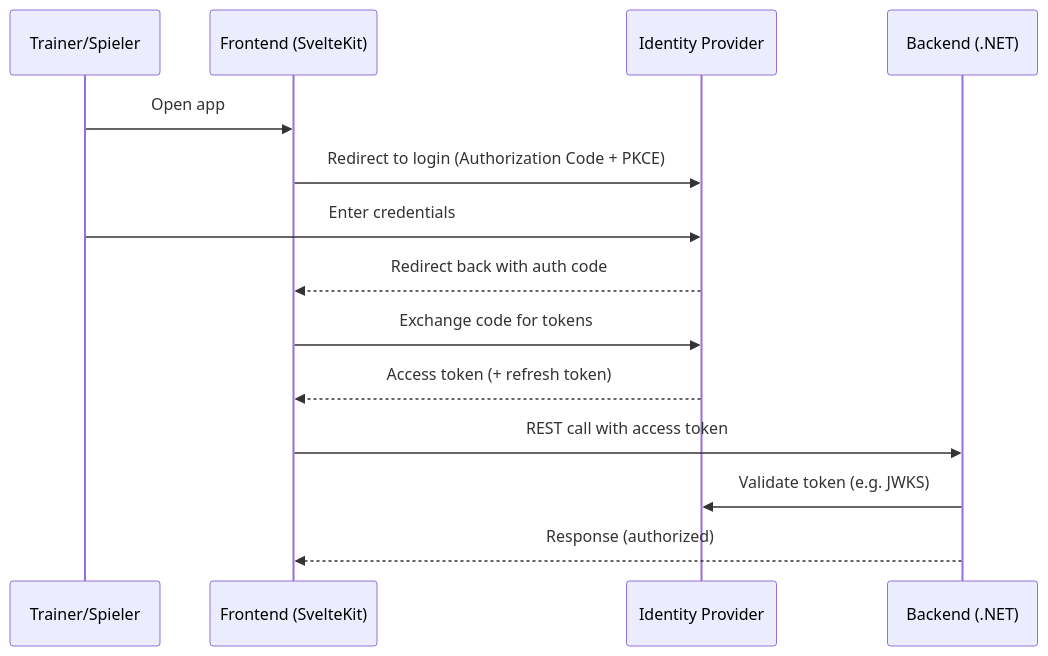
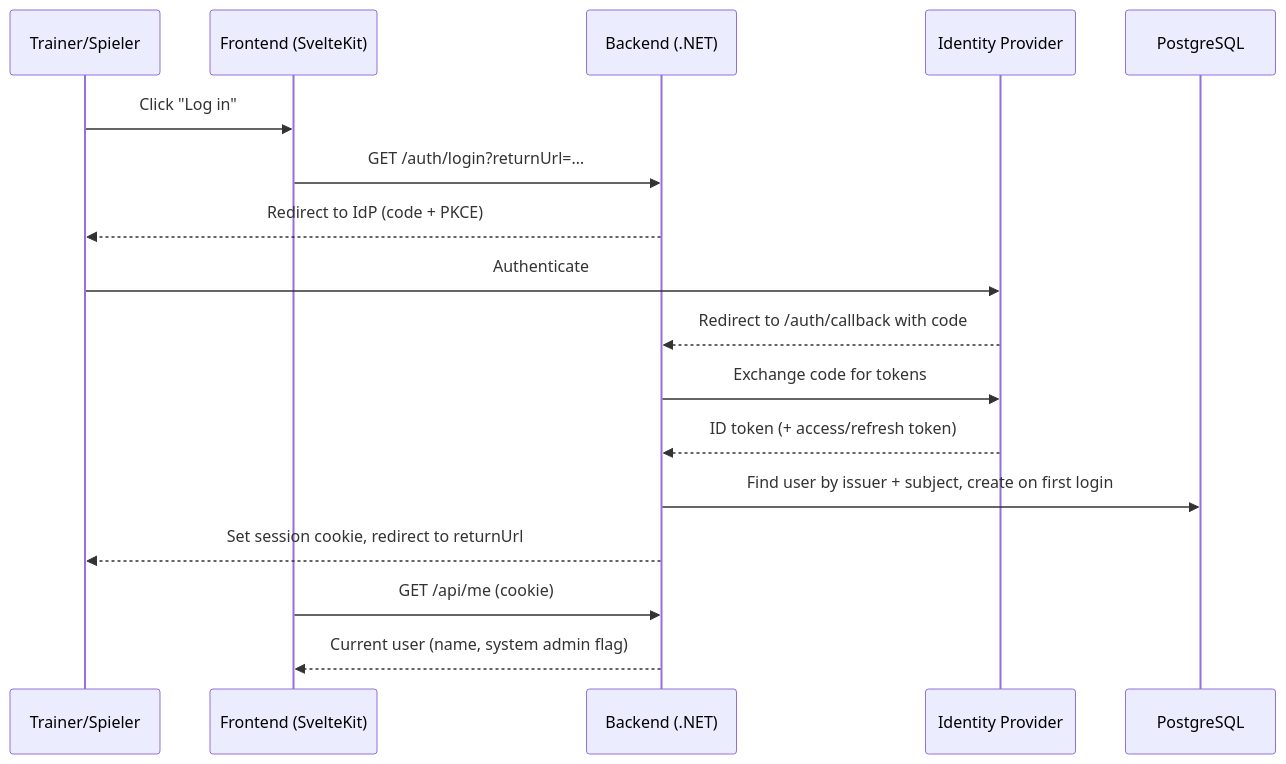
The first of 2 diagrams in docs/arc42/06_runtime_view.md (SvBrunner/TacticalBoard), drawn with Mermaid before and after one commit. The commit also changed other lines of this file and 10 other files, not shown here.

Commit message:
docs: specify phase 2 backend architecture and requirements

````diff
--- a/docs/arc42/06_runtime_view.md
+++ b/docs/arc42/06_runtime_view.md
@@ -9,17 +9,20 @@
 ```mermaid
 sequenceDiagram
     participant U as Trainer/Spieler
     participant F as Frontend (SvelteKit)
+    participant B as Backend (.NET)
     participant I as Identity Provider
-    participant B as Backend (.NET)
+    participant DB as PostgreSQL
 
-    U->>F: Open app
-    F->>I: Redirect to login (Authorization Code + PKCE)
-    U->>I: Enter credentials
-    I-->>F: Redirect back with auth code
-    F->>I: Exchange code for tokens
-    I-->>F: Access token (+ refresh token)
-    F->>B: REST call with access token
-    B->>I: Validate token (e.g. JWKS)
-    B-->>F: Response (authorized)
+    U->>F: Click "Log in"
+    F->>B: GET /auth/login?returnUrl=…
+    B-->>U: Redirect to IdP (code + PKCE)
+    U->>I: Authenticate
+    I-->>B: Redirect to /auth/callback with code
+    B->>I: Exchange code for tokens
+    I-->>B: ID token (+ access/refresh token)
+    B->>DB: Find user by issuer + subject, create on first login
+    B-->>U: Set session cookie, redirect to returnUrl
+    F->>B: GET /api/me (cookie)
+    B-->>F: Current user (name, system admin flag)
 ```
````
